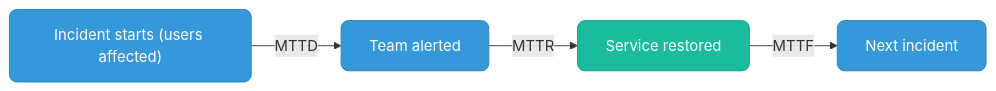
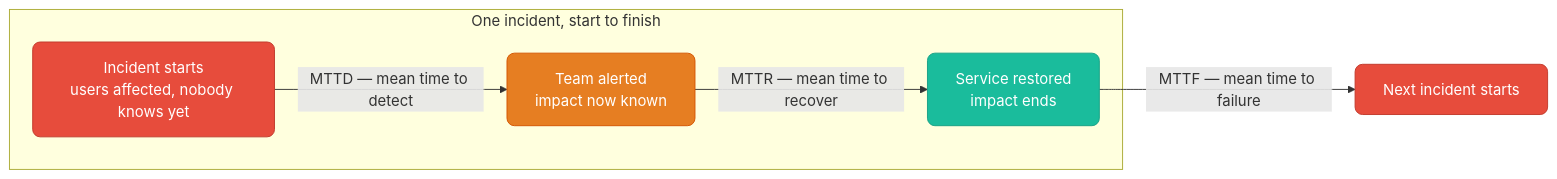
Before and after one commit to deepanshu-rawat6/DevOpsIndex: the third of 5 diagrams in sre/sre-concepts.md, drawn with Mermaid. The commit also changed other lines of this file and 10 other files, not shown here.

````diff
--- a/sre/sre-concepts.md
+++ b/sre/sre-concepts.md
@@ -268,16 +295,12 @@
 ```mermaid
 graph LR
-    classDef blue fill:#3498db,stroke:#2980b9,color:#fff,rx:8
-    classDef green fill:#2ecc71,stroke:#27ae60,color:#fff,rx:8
-    classDef red fill:#e74c3c,stroke:#c0392b,color:#fff,rx:8
-    classDef orange fill:#e67e22,stroke:#d35400,color:#fff,rx:8
-    classDef purple fill:#9b59b6,stroke:#8e44ad,color:#fff,rx:8
-    classDef teal fill:#1abc9c,stroke:#16a085,color:#fff,rx:8
-    classDef dark fill:#2c3e50,stroke:#1a252f,color:#fff,rx:8
-    classDef yellow fill:#f39c12,stroke:#d68910,color:#000,rx:8
-    classDef k8s fill:#326ce5,stroke:#254ea8,color:#fff,rx:8
-    classDef aws fill:#ff9900,stroke:#cc7a00,color:#000,rx:8
-    INCIDENT_START["Incident starts (users affected)"]:::blue -->|"MTTD"| DETECTED["Team alerted"]:::blue
-    DETECTED -->|"MTTR"| RESOLVED["Service restored"]:::teal
-    RESOLVED -->|"MTTF"| NEXT["Next incident"]:::blue
+    classDef pain fill:#e74c3c,stroke:#c0392b,color:#fff,rx:8
+    classDef active fill:#e67e22,stroke:#d35400,color:#fff,rx:8
+    classDef healthy fill:#1abc9c,stroke:#16a085,color:#fff,rx:8
+
+    subgraph WINDOW["One incident, start to finish"]
+        START["Incident starts<br/>users affected, nobody knows yet"]:::pain -->|"MTTD — mean time to detect"| DETECTED["Team alerted<br/>impact now known"]:::active
+        DETECTED -->|"MTTR — mean time to recover"| RESOLVED["Service restored<br/>impact ends"]:::healthy
+    end
+    RESOLVED -->|"MTTF — mean time to failure"| NEXT["Next incident starts"]:::pain
 ```
````
